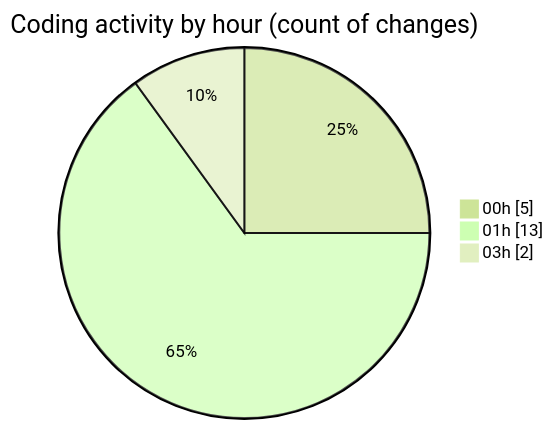
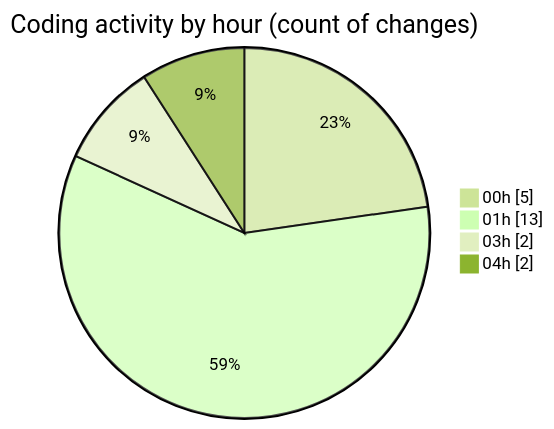
The second of 2 diagrams in 2026-02-27/shadcn-admin-kit-main__workspace_/README.md (jadenblack/code-tracking), drawn with Mermaid (forest theme) before and after one commit. The commit also changed other lines of this file and 1 other file, not shown here.

````diff
--- a/2026-02-27/shadcn-admin-kit-main__workspace_/README.md
+++ b/2026-02-27/shadcn-admin-kit-main__workspace_/README.md
@@ -32,7 +36,8 @@
 ```mermaid
 pie showData
 title Coding activity by hour (count of changes)
 "00h" : 5
 "01h" : 13
 "03h" : 2
+"04h" : 2
 ```
````
